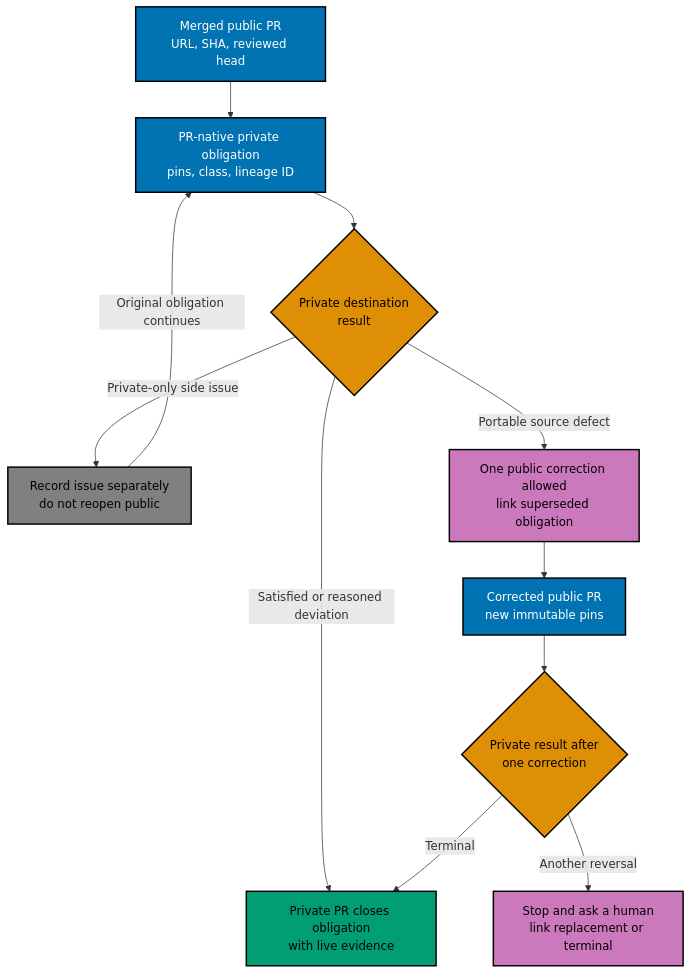
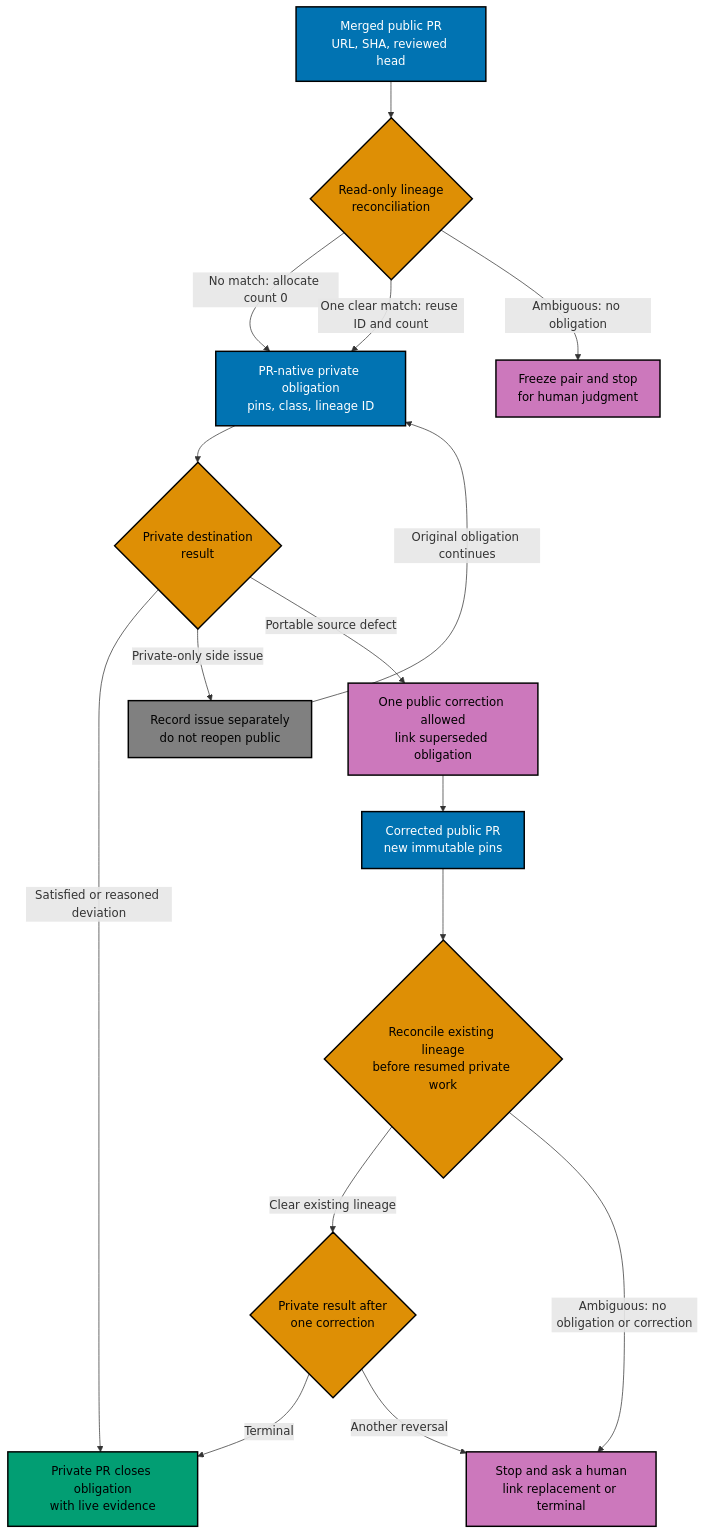
One commit to wahidyankf/open-sharia-fintech changed the second of 3 diagrams in plans/in-progress/optimize-pr-process/tech-docs.md. Above: the diagram before and after it, drawn with Mermaid. The commit also changed other lines of this file and 1 other file, not shown here.

Commit message:
docs(plan): clarify repair and lineage paths

````diff
--- a/plans/in-progress/optimize-pr-process/tech-docs.md
+++ b/plans/in-progress/optimize-pr-process/tech-docs.md
@@ -128,21 +128,26 @@
 ```mermaid
 %% Color Palette: Blue #0173B2, Orange #DE8F05, Teal #029E73, Purple #CC78BC, Gray #808080
 flowchart TD
     accTitle: Public rule propagation and bounded private adaptation
     accDescr: A green public merge creates one pinned private obligation. Private work either closes it, records a private-only decision, or requests one public correction. A second reversal stops for human judgment.
-    P["Merged public PR<br/>URL, SHA, reviewed head"]:::blue --> O["PR-native private obligation<br/>pins, class, lineage ID"]:::blue
+    P["Merged public PR<br/>URL, SHA, reviewed head"]:::blue --> R{"Read-only lineage<br/>reconciliation"}:::orange
+    R -->|No match: allocate count 0| O["PR-native private obligation<br/>pins, class, lineage ID"]:::blue
+    R -->|One clear match: reuse ID and count| O
+    R -->|Ambiguous: no obligation| HS["Freeze pair and stop<br/>for human judgment"]:::purple
     O --> A{"Private destination<br/>result"}:::orange
     A -->|Satisfied or reasoned deviation| C["Private PR closes obligation<br/>with live evidence"]:::teal
     A -->|Private-only side issue| V["Record issue separately<br/>do not reopen public"]:::gray
     V -->|Original obligation continues| O
     A -->|Portable source defect| F["One public correction allowed<br/>link superseded obligation"]:::purple
     F --> P2["Corrected public PR<br/>new immutable pins"]:::blue
-    P2 --> A2{"Private result after<br/>one correction"}:::orange
+    P2 --> R2{"Reconcile existing lineage<br/>before resumed private work"}:::orange
+    R2 -->|Clear existing lineage| A2{"Private result after<br/>one correction"}:::orange
+    R2 -->|Ambiguous: no obligation or correction| H
     A2 -->|Terminal| C
     A2 -->|Another reversal| H["Stop and ask a human<br/>link replacement or terminal"]:::purple
     classDef blue fill:#0173B2,stroke:#000000,color:#FFFFFF,stroke-width:2px
     classDef orange fill:#DE8F05,stroke:#000000,color:#000000,stroke-width:2px
     classDef teal fill:#029E73,stroke:#000000,color:#000000,stroke-width:2px
     classDef purple fill:#CC78BC,stroke:#000000,color:#000000,stroke-width:2px
     classDef gray fill:#808080,stroke:#000000,color:#000000,stroke-width:2px
 ```
````
